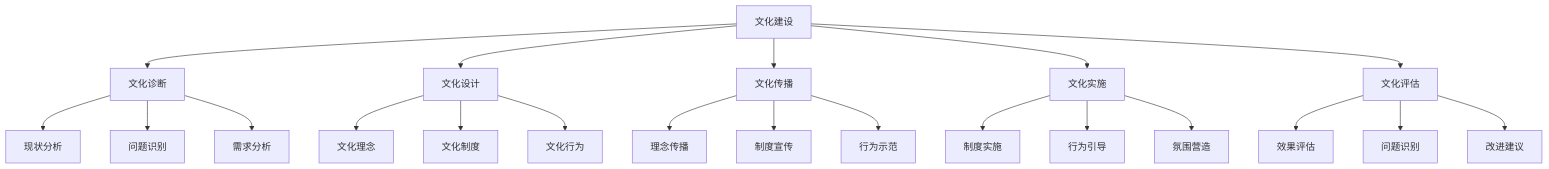
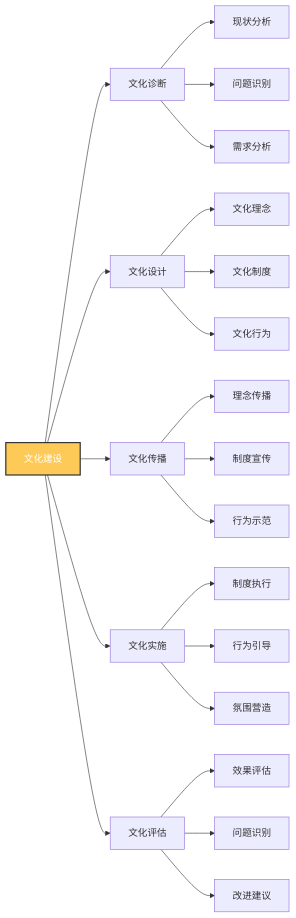
Before and after one commit to Anping2017/obsidian: the sixth of 9 diagrams in 企业领导力/03-能力构建层/核心领导能力/04-团队建设.md, drawn with Mermaid. The commit also changed other lines of this file and 28 other files, not shown here.

````diff
--- a/企业领导力/03-能力构建层/核心领导能力/04-团队建设.md
+++ b/企业领导力/03-能力构建层/核心领导能力/04-团队建设.md
@@ -135,28 +223,30 @@
 ```mermaid
-graph TD
+graph LR
     A[文化建设] --> B[文化诊断]
     A --> C[文化设计]
     A --> D[文化传播]
     A --> E[文化实施]
     A --> F[文化评估]
     
     B --> B1[现状分析]
     B --> B2[问题识别]
     B --> B3[需求分析]
     
     C --> C1[文化理念]
     C --> C2[文化制度]
     C --> C3[文化行为]
     
     D --> D1[理念传播]
     D --> D2[制度宣传]
     D --> D3[行为示范]
     
-    E --> E1[制度实施]
+    E --> E1[制度执行]
     E --> E2[行为引导]
     E --> E3[氛围营造]
     
     F --> F1[效果评估]
     F --> F2[问题识别]
     F --> F3[改进建议]
+    
+    style A fill:#feca57,stroke:#333,stroke-width:2px,color:#fff
 ```
````
